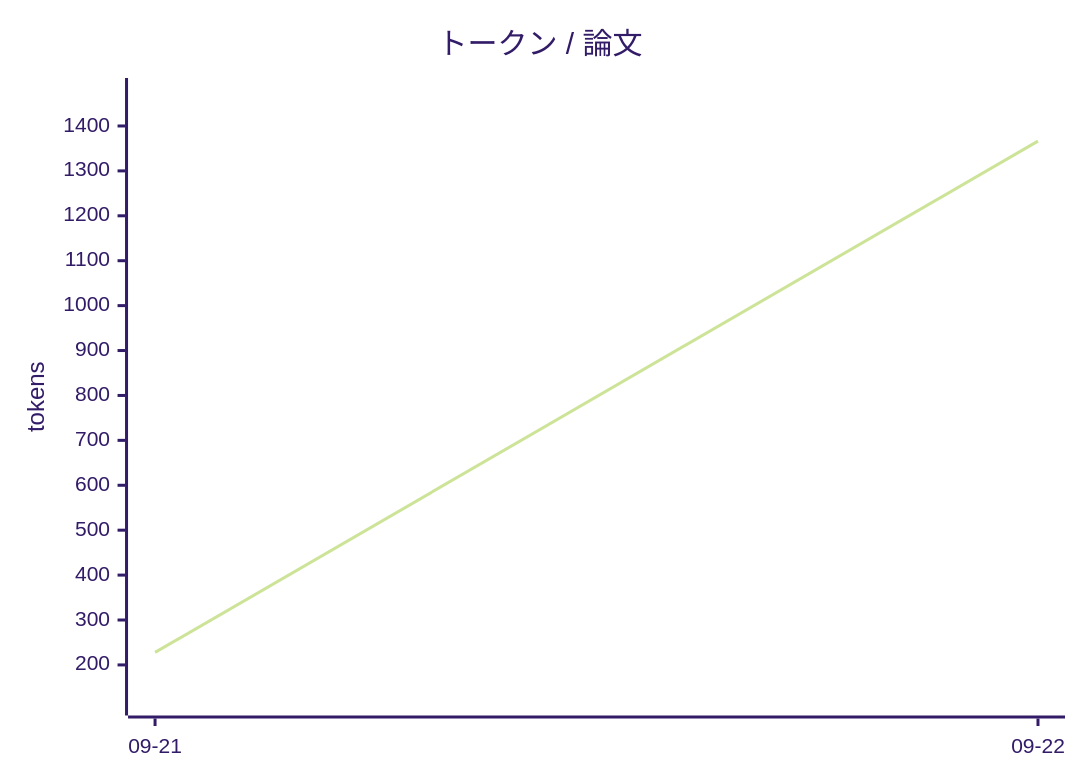
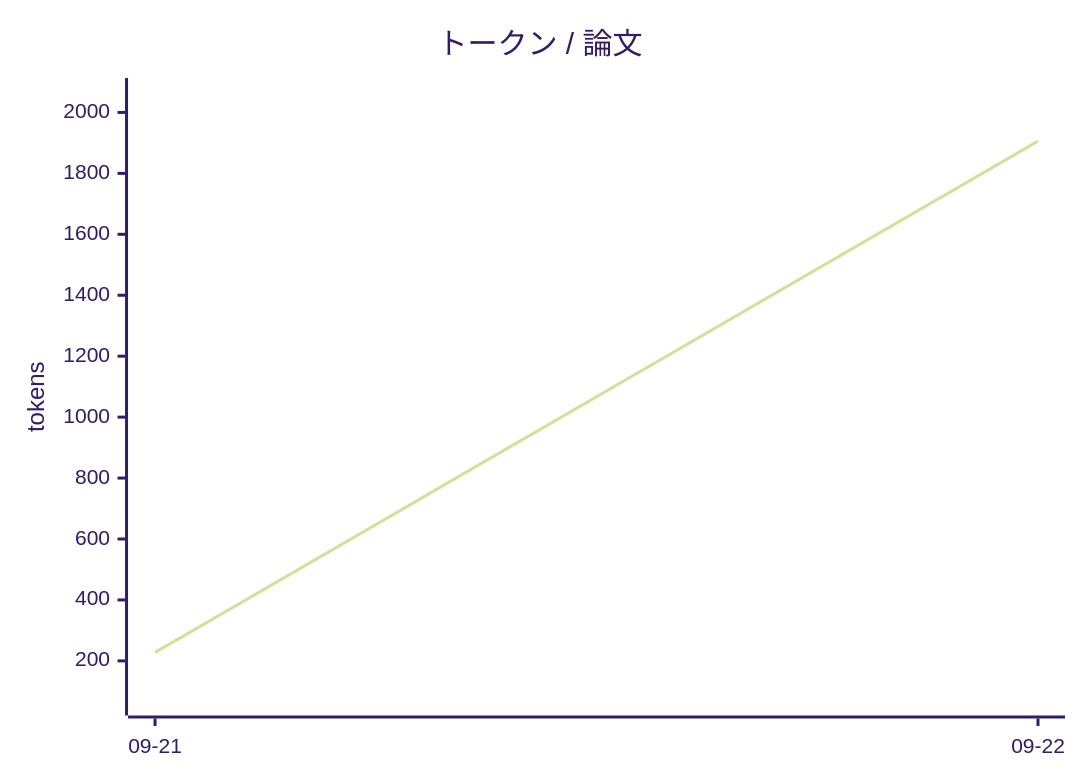
Before and after one commit to uzak0209/AI-Research: the first of 3 diagrams in docs/metrics-trend.md, drawn with Mermaid (forest theme). The commit also changed other lines of this file and 3 other files, not shown here.

````diff
--- a/docs/metrics-trend.md
+++ b/docs/metrics-trend.md
@@ -51,7 +51,7 @@
 ```mermaid
 xychart-beta
     title "トークン / 論文"
     x-axis ["09-21", "09-22"]
-    y-axis "tokens" 114.1 --> 1480.1
-    line [227.9, 1366.3]
+    y-axis "tokens" 60.1 --> 2073.6
+    line [227.9, 1905.8]
 ```
````
